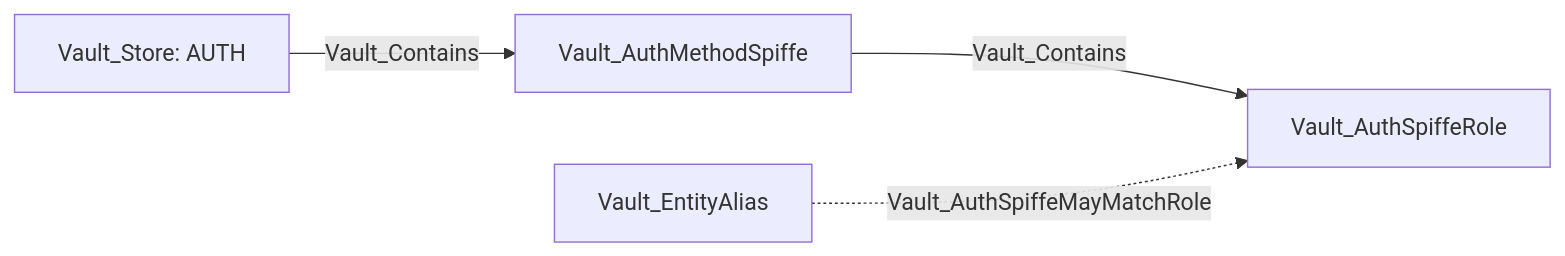
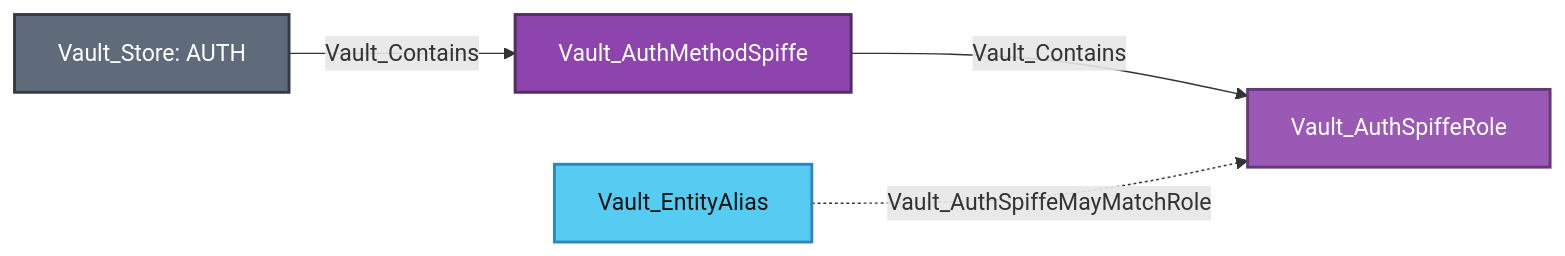
Before and after one commit to bytewreck/opengraph-vault: diagram 22 of 28 in Documentation/stores/AUTH.md, drawn with Mermaid. The commit also changed other lines of this file and 4 other files, not shown here.

````diff
--- a/Documentation/stores/AUTH.md
+++ b/Documentation/stores/AUTH.md
@@ -1319,6 +1341,11 @@
 ```mermaid
 flowchart LR
-    store[Vault_Store: AUTH] -->|Vault_Contains| method[Vault_AuthMethodSpiffe]
-    method -->|Vault_Contains| role[Vault_AuthSpiffeRole]
-    alias[Vault_EntityAlias] -.->|Vault_AuthSpiffeMayMatchRole| role
+    store[Vault_Store: AUTH]:::storeNode -->|Vault_Contains| method[Vault_AuthMethodSpiffe]:::authMethodNode
+    method -->|Vault_Contains| role[Vault_AuthSpiffeRole]:::authRoleNode
+    alias[Vault_EntityAlias]:::entityAliasNode -.->|Vault_AuthSpiffeMayMatchRole| role
+
+    classDef storeNode fill:#5F6B7A,color:#fff,stroke:#343A40,stroke-width:2px
+    classDef authMethodNode fill:#8E44AD,color:#fff,stroke:#512E5F,stroke-width:2px
+    classDef authRoleNode fill:#9B59B6,color:#fff,stroke:#633974,stroke-width:2px
+    classDef entityAliasNode fill:#56CCF2,color:#111,stroke:#2E86C1,stroke-width:2px
 ```
````
